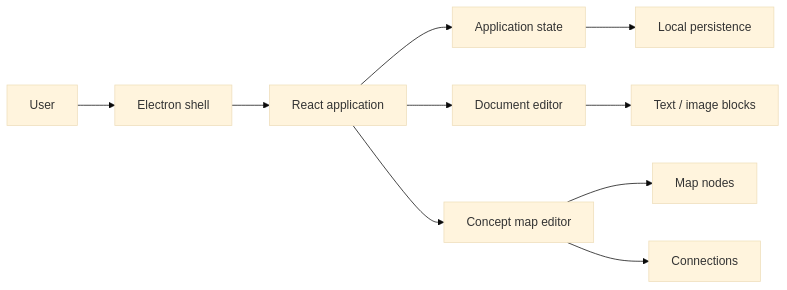
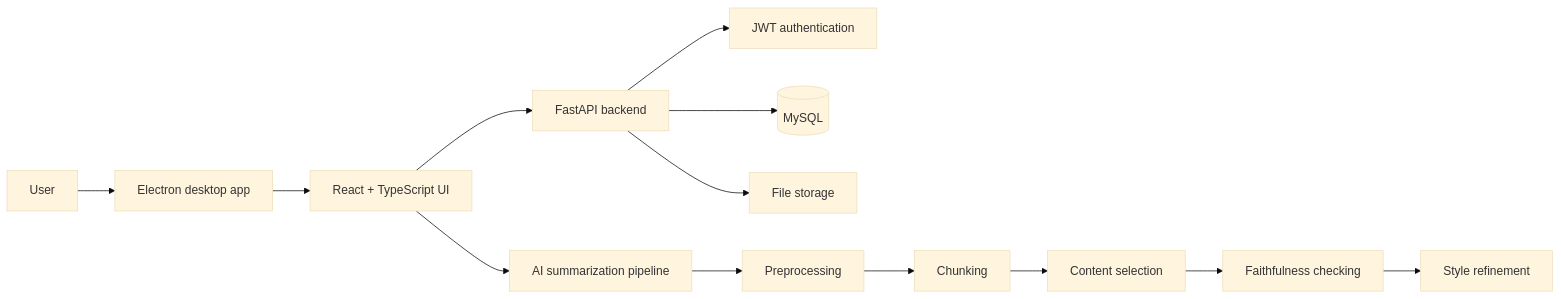
One commit to Gianmarco-03/nexo-note changed the first of 2 diagrams in README.md. Above: the diagram before and after it, drawn with Mermaid (base theme). The commit also changed other lines of this file, not shown here.

````diff
--- a/README.md
+++ b/README.md
@@ -22,12 +28,17 @@
 ```mermaid
 flowchart LR
-    U[User] --> E[Electron shell]
-    E --> R[React application]
-    R --> S[Application state]
-    R --> D[Document editor]
-    R --> M[Concept map editor]
-    D --> B[Text / image blocks]
-    M --> N[Map nodes]
-    M --> C[Connections]
-    S --> P[Local persistence]
+    U[User] --> E[Electron desktop app]
+    E --> R[React + TypeScript UI]
+
+    R --> API[FastAPI backend]
+    API --> AUTH[JWT authentication]
+    API --> DB[(MySQL)]
+    API --> FS[File storage]
+
+    R --> AI[AI summarization pipeline]
+    AI --> P[Preprocessing]
+    P --> C[Chunking]
+    C --> S[Content selection]
+    S --> F[Faithfulness checking]
+    F --> SR[Style refinement]
 ```
````
